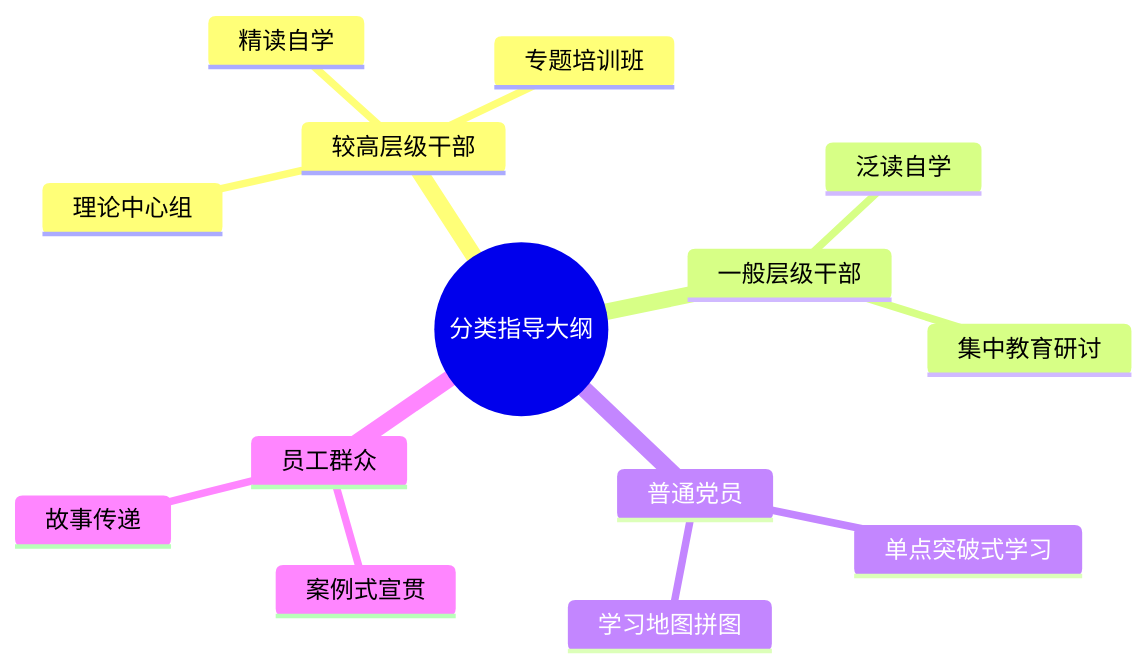
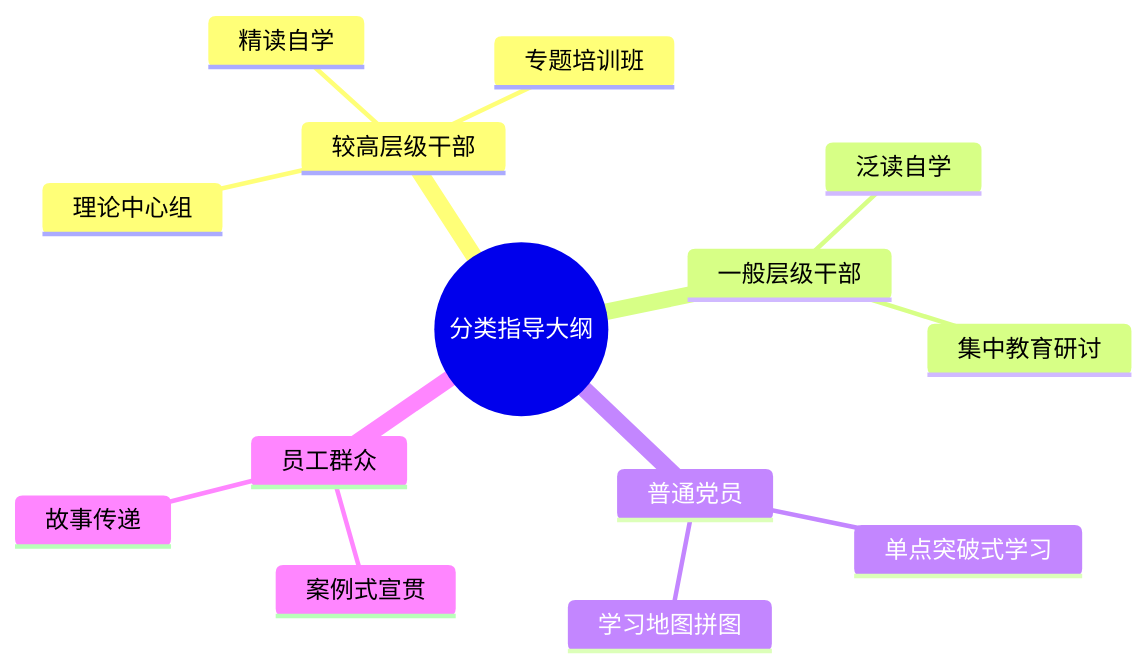
Before and after one commit to jinnnyang/more-skills: diagram 12 of 12 in skills/markdown-illustrator/guides/4b. mermaid-diagram-writing-guide.md, drawn with Mermaid. The commit also changed other lines of this file and 10 other files, not shown here.

First line of the commit message:
feat: optimize deep-research scratch paths and enhance mermaid guide annotations

````diff
--- a/skills/markdown-illustrator/guides/4b. mermaid-diagram-writing-guide.md
+++ b/skills/markdown-illustrator/guides/4b. mermaid-diagram-writing-guide.md
@@ -265,17 +334,23 @@
 ```mermaid
-mindmap
-  root((分类指导大纲))
-    较高层级干部
-      精读自学
-      专题培训班
-      理论中心组
-    一般层级干部
-      泛读自学
-      集中教育研讨
-    普通党员
-      单点突破式学习
-      学习地图拼图
-    员工群众
-      案例式宣贯
-      故事传递
+    %% mindmap：声明图表类型为树状发散的思维导图。适用于知识拆解、大纲梳理
+    mindmap
+    %% root((...))：声明最顶级的树根核心主题。
+    %% 节点形状语法：((...)) 表示圆角椭圆框，[...] 表示直角矩形框，((...)) 表示椭圆形，))(( 包含圆角的反向矩形，{{...}} 表示六边形
+    %% 重点提示：思维导图无需显式编写复杂的节点连线代码，完全通过代码左侧的前置空格或 Tab 缩进层级来表达父子节点的从属树结构关系
+    root((分类指导大纲))
+        较高层级干部
+            %% 属于“较高层级干部”节点的子节点，通过继续向右增加缩进实现嵌套
+            精读自学
+            专题培训班
+            理论中心组
+        一般层级干部
+            泛读自学
+            集中教育研讨
+        普通党员
+            单点突破式学习
+            学习地图拼图
+        员工群众
+            %% 高级特性提示：可以在节点文本后附加图标声明，例如：案例式宣贯 ::icon(fa fa-book)
+            案例式宣贯
+            故事传递
 ```
````
